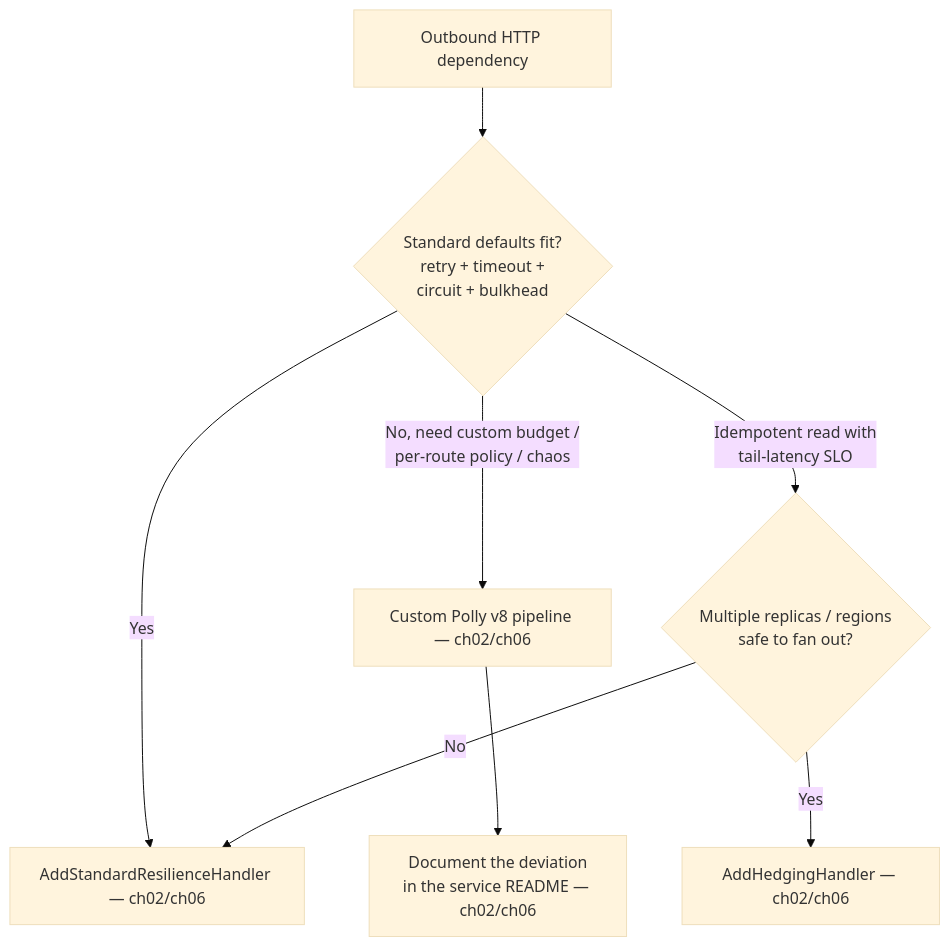
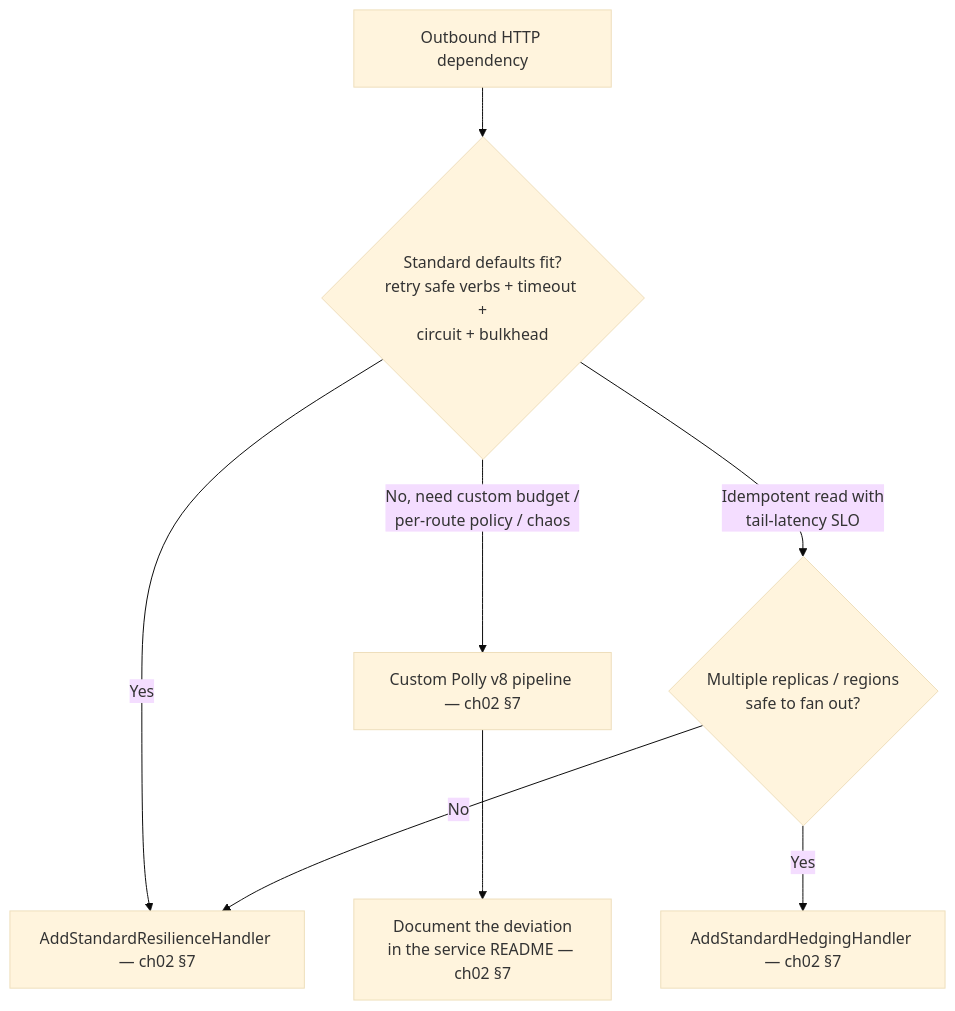
Before and after one commit to mghabin/dotnet-engineering-guide: diagram 15 of 17 in docs/decision-trees.md, drawn with Mermaid (base theme). The commit also changed other lines of this file and 5 other files, not shown here.

````diff
--- a/docs/decision-trees.md
+++ b/docs/decision-trees.md
@@ -379,10 +389,10 @@
 ```mermaid
 flowchart TD
-    A[Outbound HTTP dependency] --> B{Standard defaults fit?<br/>retry + timeout +<br/>circuit + bulkhead}
-    B -->|Yes| C[AddStandardResilienceHandler — ch02/ch06]
-    B -->|No, need custom budget /<br/>per-route policy / chaos| D[Custom Polly v8 pipeline — ch02/ch06]
+    A[Outbound HTTP dependency] --> B{Standard defaults fit?<br/>retry safe verbs + timeout +<br/>circuit + bulkhead}
+    B -->|Yes| C[AddStandardResilienceHandler — ch02 §7]
+    B -->|No, need custom budget /<br/>per-route policy / chaos| D[Custom Polly v8 pipeline — ch02 §7]
     B -->|Idempotent read with<br/>tail-latency SLO| E{Multiple replicas / regions<br/>safe to fan out?}
-    E -->|Yes| F[AddHedgingHandler — ch02/ch06]
+    E -->|Yes| F[AddStandardHedgingHandler — ch02 §7]
     E -->|No| C
-    D --> G[Document the deviation<br/>in the service README — ch02/ch06]
+    D --> G[Document the deviation<br/>in the service README — ch02 §7]
 ```
````
